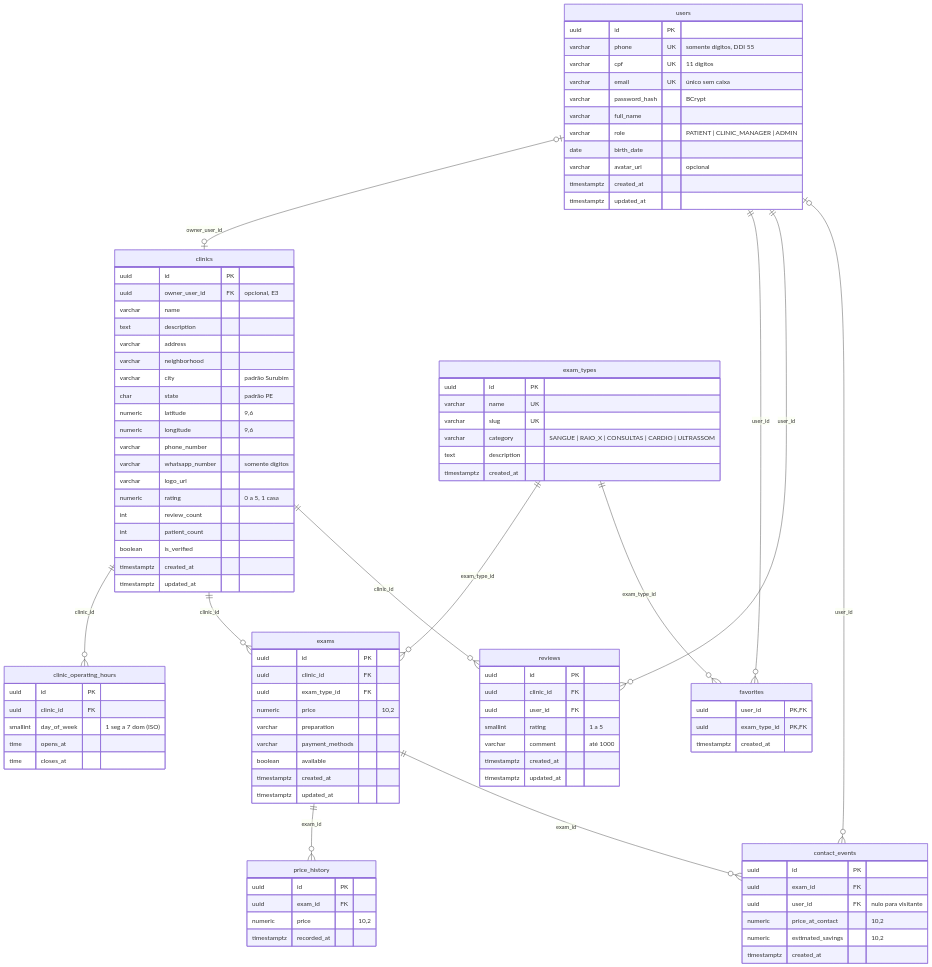
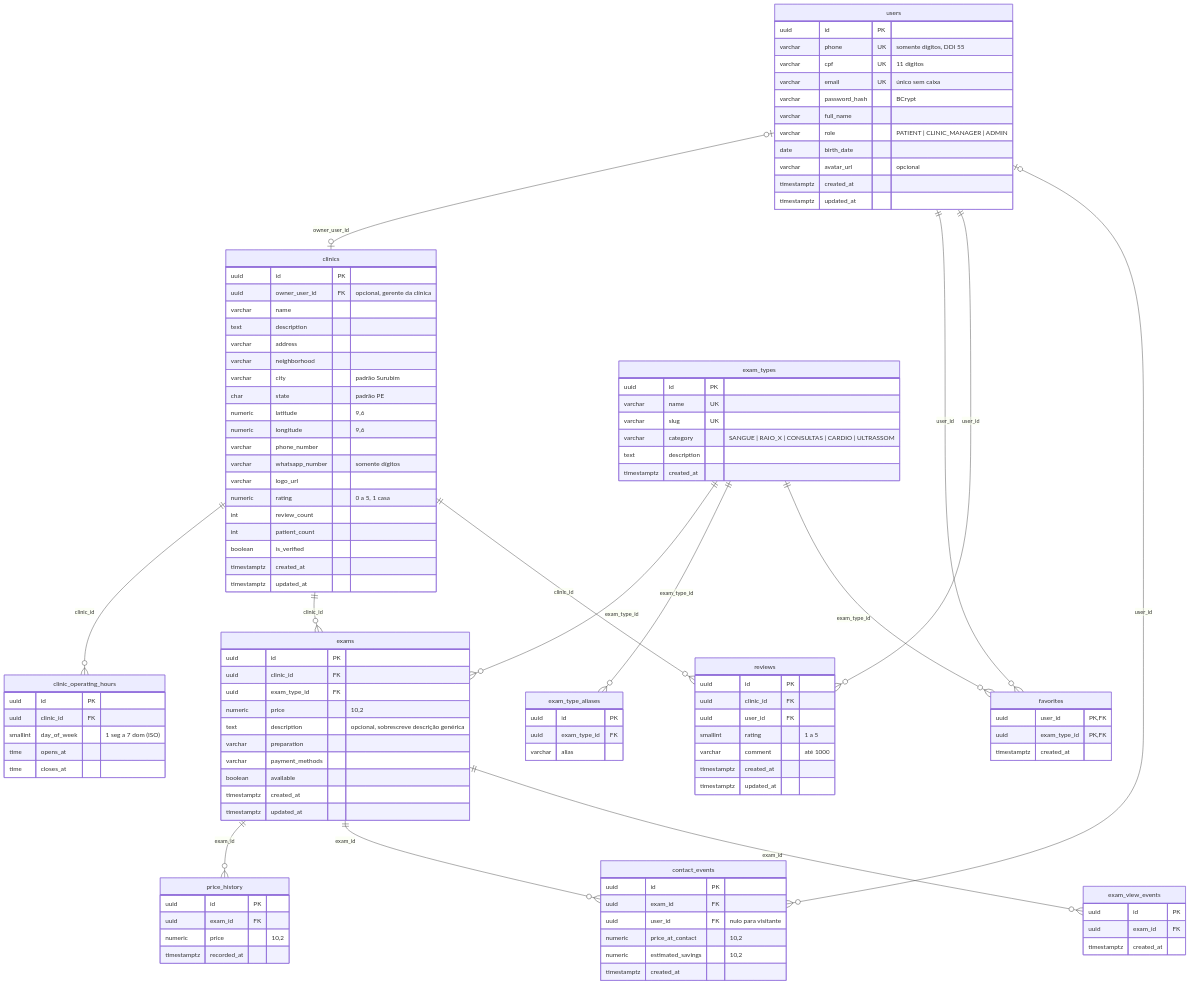
One commit to MarcioFerreiraL/clinics-backend changed the second of 2 diagrams in docs/05-modelo-de-dados.md. Above: the diagram before and after it, drawn with Mermaid. The commit also changed other lines of this file and 12 other files, not shown here.

````diff
--- a/docs/05-modelo-de-dados.md
+++ b/docs/05-modelo-de-dados.md
@@ -66,7 +70,7 @@
 
     clinics {
         uuid id PK
-        uuid owner_user_id FK "opcional, E3"
+        uuid owner_user_id FK "opcional, gerente da clínica"
         varchar name
         text description
         varchar address
@@ -103,11 +107,18 @@
         timestamptz created_at
     }
 
+    exam_type_aliases {
+        uuid id PK
+        uuid exam_type_id FK
+        varchar alias
+    }
+
     exams {
         uuid id PK
         uuid clinic_id FK
         uuid exam_type_id FK
         numeric price "10,2"
+        text description "opcional, sobrescreve descrição genérica"
         varchar preparation
         varchar payment_methods
         boolean available
@@ -147,15 +158,23 @@
         timestamptz created_at
     }
 
+    exam_view_events {
+        uuid id PK
+        uuid exam_id FK
+        timestamptz created_at
+    }
+
     users |o--o| clinics : "owner_user_id"
     clinics ||--o{ clinic_operating_hours : "clinic_id"
     clinics ||--o{ exams : "clinic_id"
     exam_types ||--o{ exams : "exam_type_id"
+    exam_types ||--o{ exam_type_aliases : "exam_type_id"
     users ||--o{ favorites : "user_id"
     exam_types ||--o{ favorites : "exam_type_id"
     clinics ||--o{ reviews : "clinic_id"
     users ||--o{ reviews : "user_id"
     exams ||--o{ price_history : "exam_id"
     exams ||--o{ contact_events : "exam_id"
+    exams ||--o{ exam_view_events : "exam_id"
     users |o--o{ contact_events : "user_id"
 ```
````
